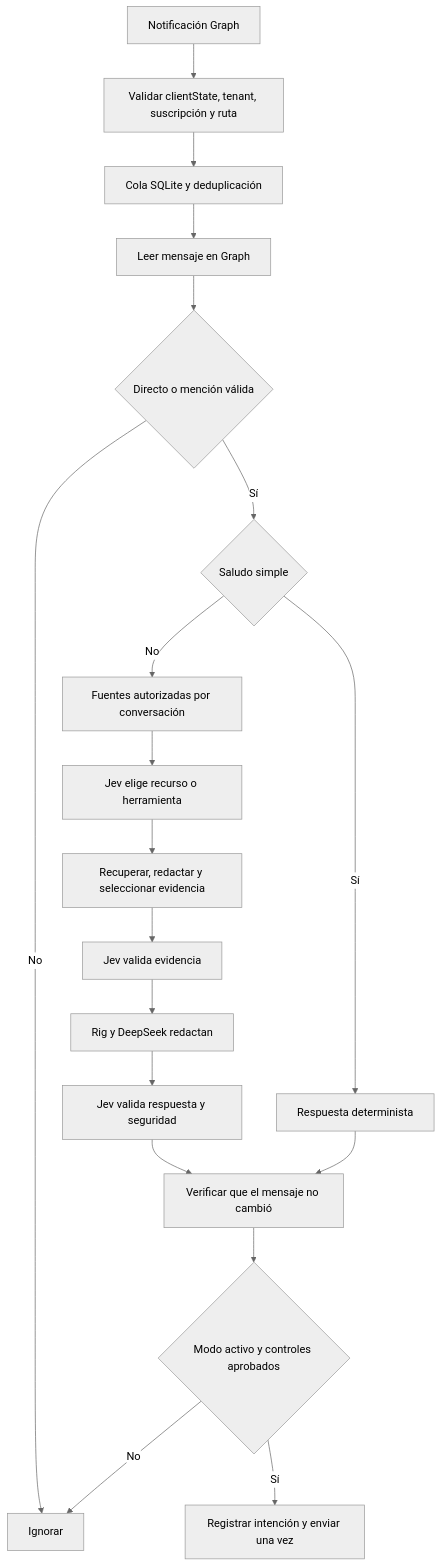
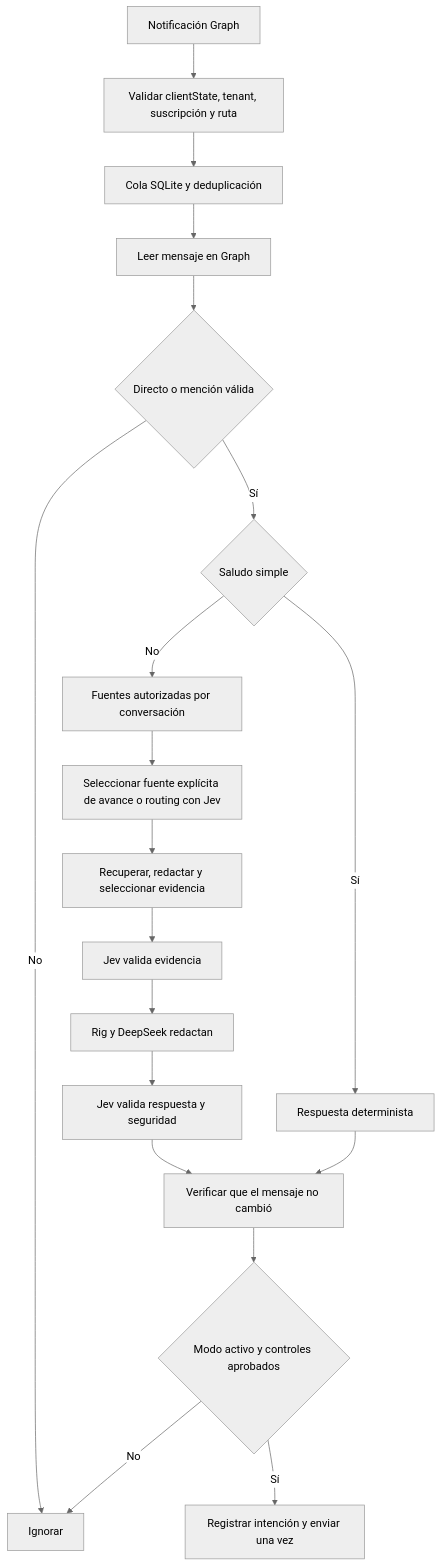
The diagram in README.md (elvisbrevi/personal-teams-assistant), drawn with Mermaid (neutral theme) before and after one commit. The commit also changed other lines of this file and 20 other files, not shown here.

````diff
--- a/README.md
+++ b/README.md
@@ -50,21 +53,21 @@
 ```mermaid
 flowchart TD
   A[Notificación Graph] --> B[Validar clientState, tenant, suscripción y ruta]
   B --> C[Cola SQLite y deduplicación]
   C --> D[Leer mensaje en Graph]
   D --> E{Directo o mención válida}
   E -->|No| Z[Ignorar]
   E -->|Sí| F{Saludo simple}
   F -->|Sí| G[Respuesta determinista]
   F -->|No| H[Fuentes autorizadas por conversación]
-  H --> I[Jev elige recurso o herramienta]
+  H --> I[Seleccionar fuente explícita de avance o routing con Jev]
   I --> J[Recuperar, redactar y seleccionar evidencia]
   J --> K[Jev valida evidencia]
   K --> L[Rig y DeepSeek redactan]
   L --> M[Jev valida respuesta y seguridad]
   M --> N[Verificar que el mensaje no cambió]
   G --> N
   N --> O{Modo activo y controles aprobados}
   O -->|Sí| P[Registrar intención y enviar una vez]
   O -->|No| Z
 ```
````
